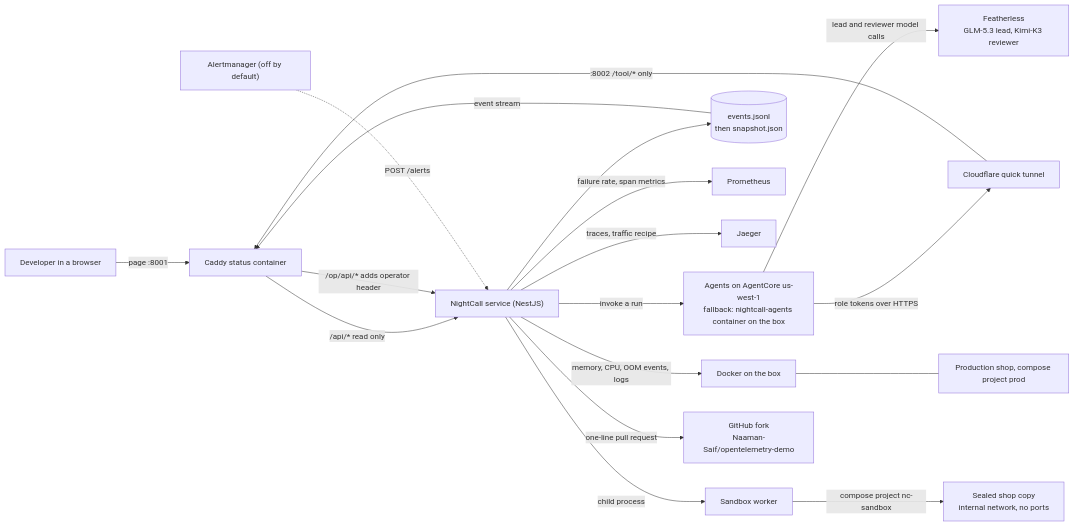
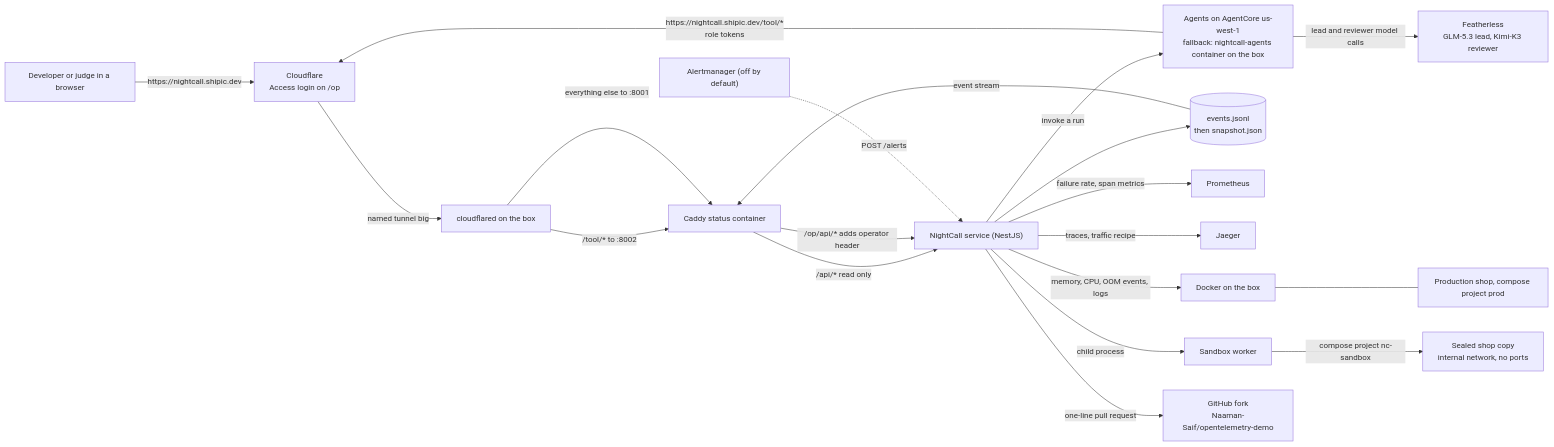
Before and after one commit to Naaman-Saif/NightCall: the first of 2 diagrams in night-call/ARCHITECTURE.md, drawn with Mermaid. The commit also changed other lines of this file and 1 other file, not shown here.

Commit message:
docs: architecture diagrams route the page and agents through nightcall.shipic.dev and the named tunnel
Claude-Session: https://claude.ai/code/session_01KBa7tx88oRMzzWHSBkYeSv

````diff
--- a/night-call/ARCHITECTURE.md
+++ b/night-call/ARCHITECTURE.md
@@ -7,20 +7,22 @@
 ```mermaid
 flowchart LR
-    human["Developer in a browser"] -->|"page :8001"| caddy["Caddy status container"]
+    human["Developer or judge in a browser"] -->|"https://nightcall.shipic.dev"| edge["Cloudflare<br/>Access login on /op"]
+    agents["Agents on AgentCore us-west-1<br/>fallback: nightcall-agents container on the box"] -->|"https://nightcall.shipic.dev/tool/*<br/>role tokens"| edge
+    edge -->|"named tunnel big"| tunnel["cloudflared on the box"]
+    tunnel -->|"/tool/* to :8002"| caddy["Caddy status container"]
+    tunnel -->|"everything else to :8001"| caddy
     caddy -->|"/api/* read only"| nest["NightCall service (NestJS)"]
     caddy -->|"/op/api/* adds operator header"| nest
-    agents["Agents on AgentCore us-west-1<br/>fallback: nightcall-agents container on the box"] -->|"role tokens over HTTPS"| tunnel["Cloudflare quick tunnel"]
-    tunnel -->|":8002 /tool/* only"| caddy
     nest -->|"invoke a run"| agents
     agents -->|"lead and reviewer model calls"| models["Featherless<br/>GLM-5.3 lead, Kimi-K3 reviewer"]
     nest --> log[("events.jsonl<br/>then snapshot.json")]
     log -->|"event stream"| caddy
     nest -->|"failure rate, span metrics"| prom["Prometheus"]
     nest -->|"traces, traffic recipe"| jaeger["Jaeger"]
     nest -->|"memory, CPU, OOM events, logs"| docker["Docker on the box"]
     nest -->|"child process"| worker["Sandbox worker"]
     worker -->|"compose project nc-sandbox"| sandbox["Sealed shop copy<br/>internal network, no ports"]
     nest -->|"one-line pull request"| github["GitHub fork<br/>Naaman-Saif/opentelemetry-demo"]
     alert["Alertmanager (off by default)"] -.->|"POST /alerts"| nest
     docker --- shop["Production shop, compose project prod"]
 ```
````
